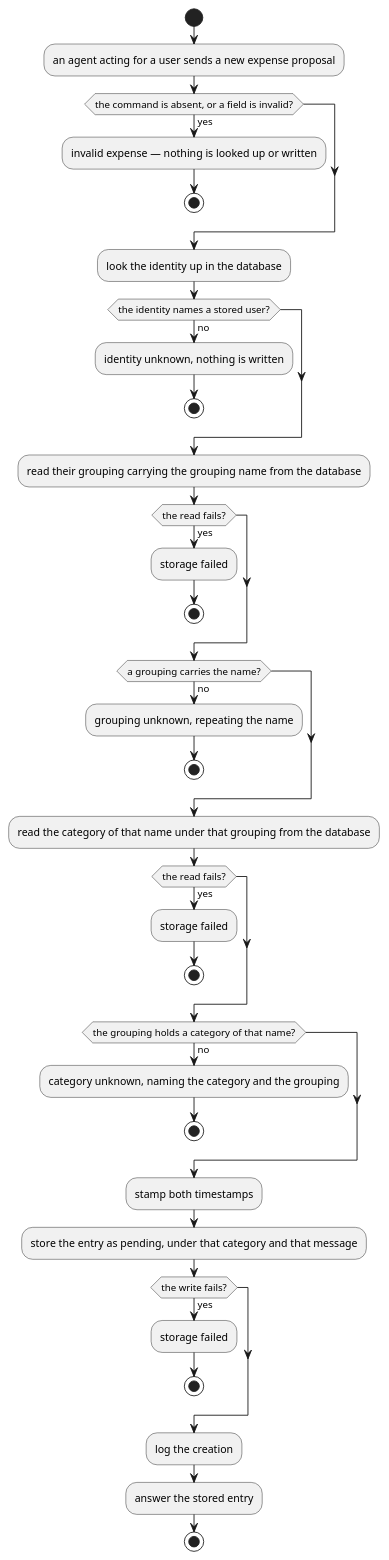
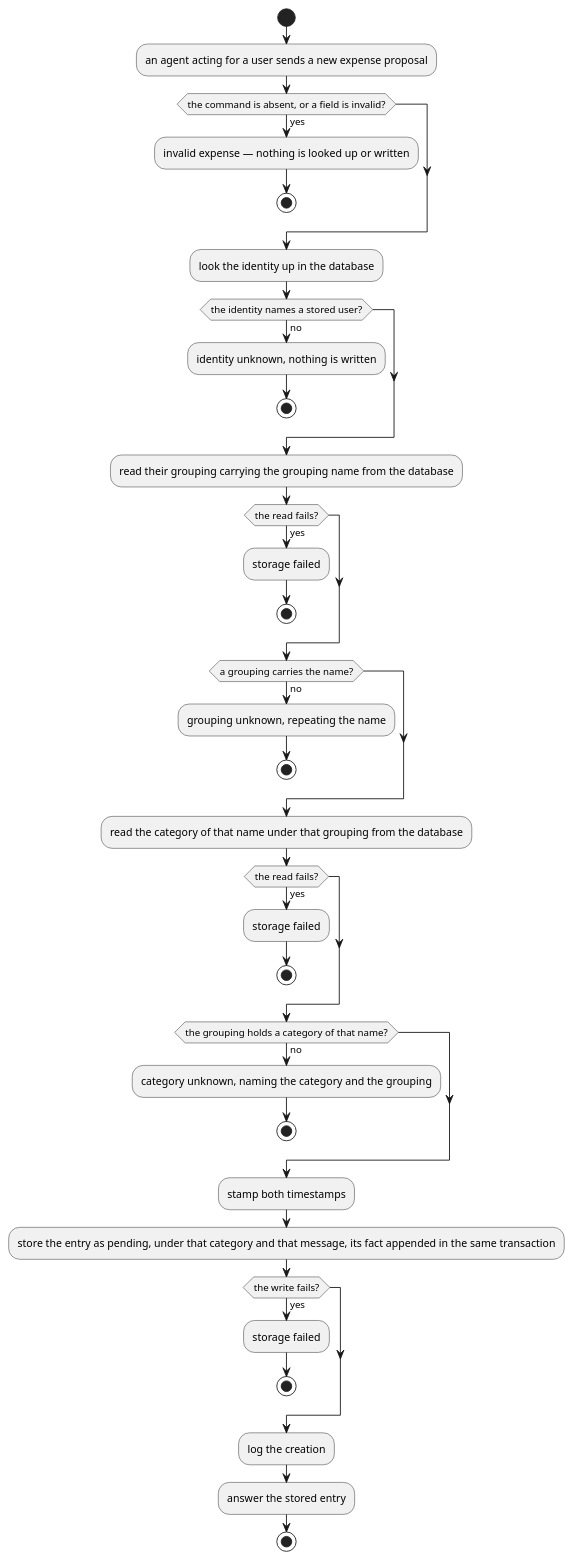
Before and after one commit to ds-usova/finance-bot: the second of 2 diagrams in ledger-service/docs/usecases/create-an-expense-proposal.md, drawn with PlantUML. The commit also changed other lines of this file and 13 other files, not shown here.

````diff
--- a/ledger-service/docs/usecases/create-an-expense-proposal.md
+++ b/ledger-service/docs/usecases/create-an-expense-proposal.md
@@ -93,42 +94,42 @@
 ```plantuml
 @startuml CreateExpenseProposal-Activity
 start
 :an agent acting for a user sends a new expense proposal;
 if (the command is absent, or a field is invalid?) then (yes)
   :invalid expense — nothing is looked up or written;
   stop
 endif
 :look the identity up in the database;
 if (the identity names a stored user?) then (no)
   :identity unknown, nothing is written;
   stop
 endif
 :read their grouping carrying the grouping name from the database;
 if (the read fails?) then (yes)
   :storage failed;
   stop
 endif
 if (a grouping carries the name?) then (no)
   :grouping unknown, repeating the name;
   stop
 endif
 :read the category of that name under that grouping from the database;
 if (the read fails?) then (yes)
   :storage failed;
   stop
 endif
 if (the grouping holds a category of that name?) then (no)
   :category unknown, naming the category and the grouping;
   stop
 endif
 :stamp both timestamps;
-:store the entry as pending, under that category and that message;
+:store the entry as pending, under that category and that message, its fact appended in the same transaction;
 if (the write fails?) then (yes)
   :storage failed;
   stop
 endif
 :log the creation;
 :answer the stored entry;
 stop
 @enduml
 ```
````
